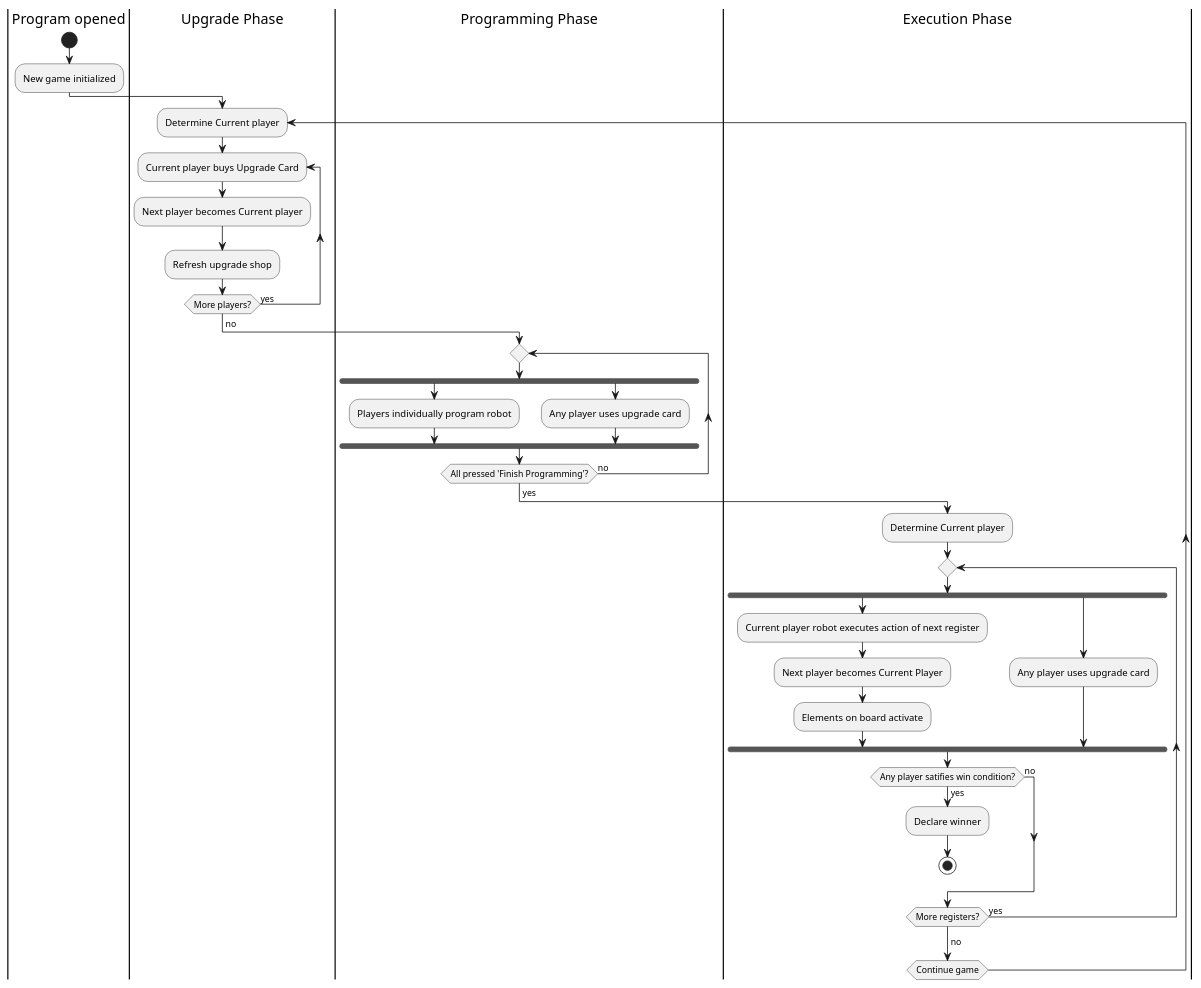
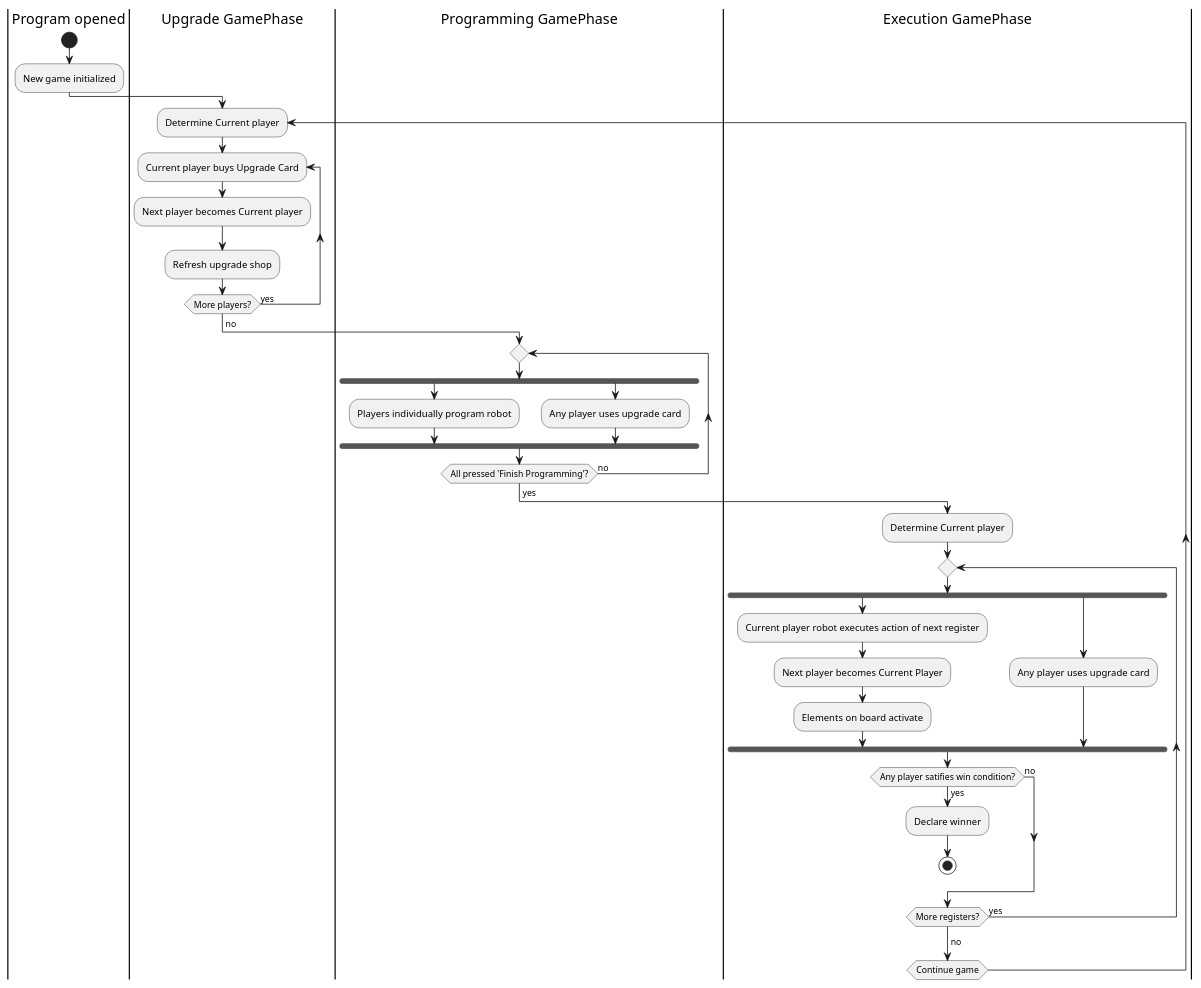
One commit to BjarneBjarne/Gruppe15-RoboRally2024 changed the diagram in diagrams/activity_diagram.pu. Above: the diagram before and after it, drawn with PlantUML. The commit also changed 1 other file, not shown here.

Commit message:
Removed Phase

```diff
--- a/diagrams/activity_diagram.pu
+++ b/diagrams/activity_diagram.pu
@@ -1,50 +1,50 @@
 @startuml
 |Program opened|    
 start
 
 :New game initialized;
-|Upgrade Phase|
+|Upgrade GamePhase|
 
     repeat :Determine Current player;
     repeat :Current player buys Upgrade Card;
         :Next player becomes Current player;
         :Refresh upgrade shop;
     repeat while (More players?) is (yes)
     ->no;
 
-|Programming Phase|
+|Programming GamePhase|
     repeat
         fork
             :Players individually program robot;
         fork again
             :Any player uses upgrade card;
         end fork
     repeat while (All pressed 'Finish Programming'?) is (no)
     ->yes;
 
-|Execution Phase|
+|Execution GamePhase|
     :Determine Current player;
     repeat
         fork
             :Current player robot executes action of next register;
             :Next player becomes Current Player;
             :Elements on board activate;
         fork again
             :Any player uses upgrade card;
         end fork
 
     if (Any player satifies win condition?) then (no)
         
     else (yes)
         :Declare winner;
         stop
     endif
     repeat while (More registers?) is (yes)
     ->no;
     repeat while (Continue game)
     
 
 
 
 
 @enduml
```
